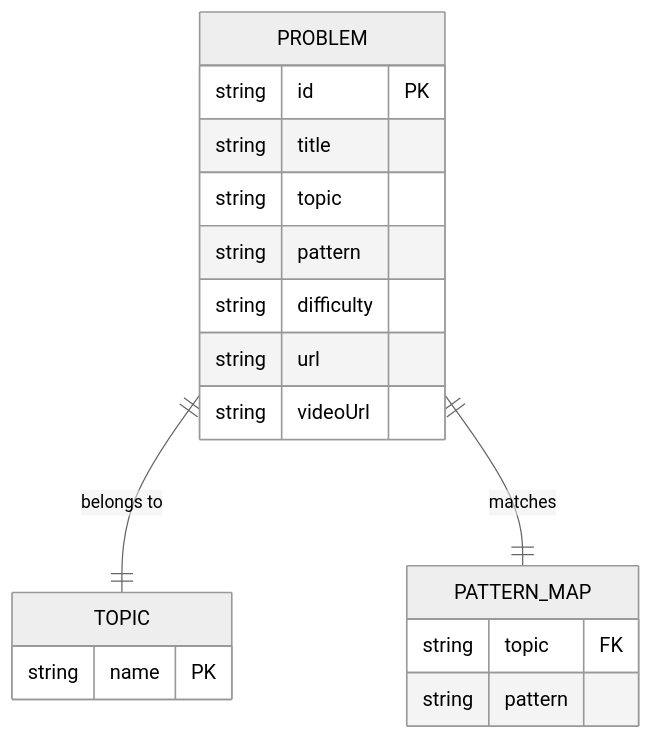
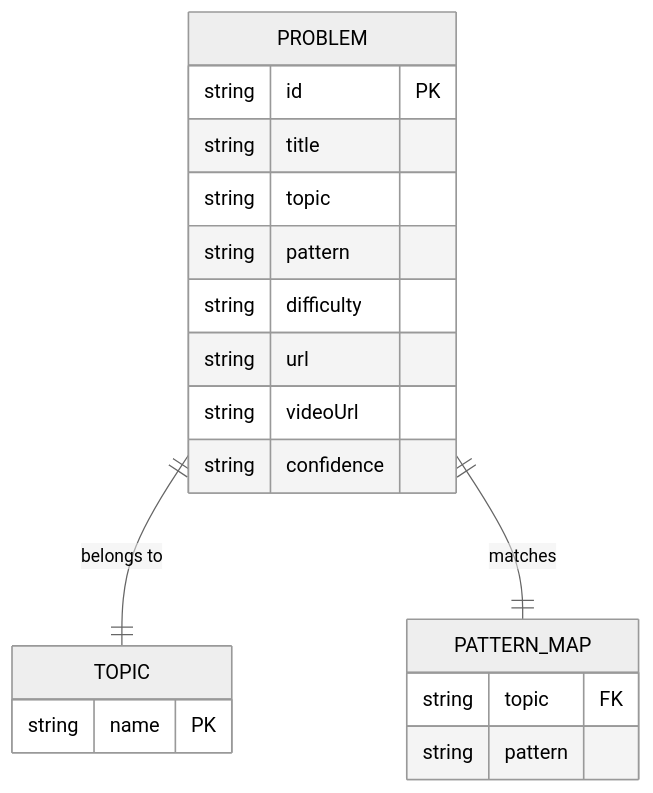
Before and after one commit to iamrituraj/DSA-Tracker: the eighth of 9 diagrams in .qoder/repowiki/en/content/Frontend Application/Roadmap Component.md, drawn with Mermaid (neutral theme). The commit also changed other lines of this file and 34 other files, not shown here.

````diff
--- a/.qoder/repowiki/en/content/Frontend Application/Roadmap Component.md
+++ b/.qoder/repowiki/en/content/Frontend Application/Roadmap Component.md
@@ -243,21 +286,22 @@
 ```mermaid
 erDiagram
 PROBLEM {
 string id PK
 string title
 string topic
 string pattern
 string difficulty
 string url
 string videoUrl
+string confidence
 }
 TOPIC {
 string name PK
 }
 PATTERN_MAP {
 string topic FK
 string pattern
 }
 PROBLEM ||--|| TOPIC : "belongs to"
 PROBLEM ||--|| PATTERN_MAP : "matches"
 ```
````
